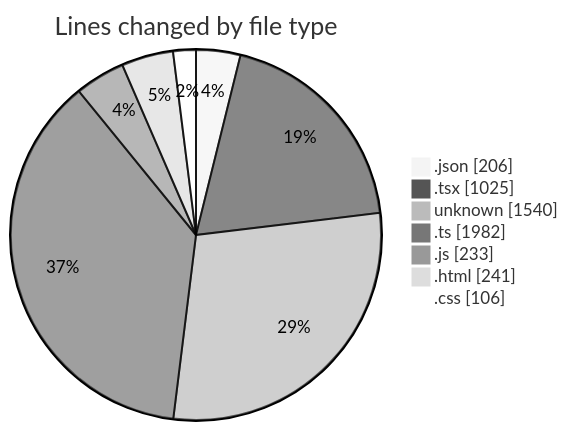
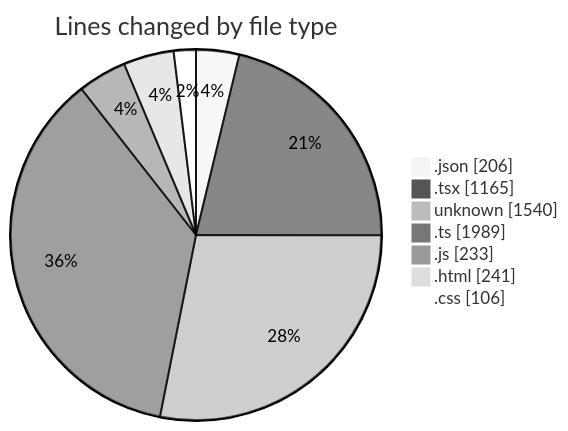
The first of 2 diagrams in 2025-01-03/nextjs-webllm/README.md (ernivani/code-tracking), drawn with Mermaid (neutral theme) before and after one commit. The commit also changed other lines of this file and 5 other files, not shown here.

````diff
--- a/2025-01-03/nextjs-webllm/README.md
+++ b/2025-01-03/nextjs-webllm/README.md
@@ -46,11 +47,11 @@
 ```mermaid
 pie showData
 title Lines changed by file type
 ".json" : 206
-".tsx" : 1025
+".tsx" : 1165
 "unknown" : 1540
-".ts" : 1982
+".ts" : 1989
 ".js" : 233
 ".html" : 241
 ".css" : 106
 ```
````
